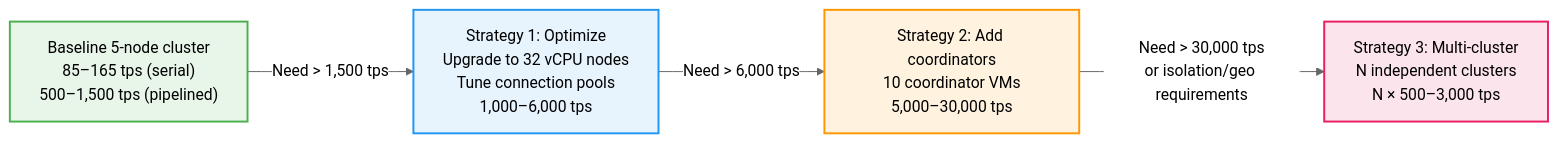
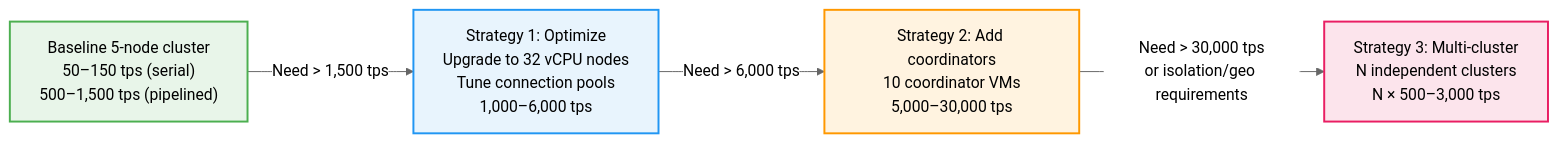
The diagram in docs/08-throughput-and-scaling.md (NickBorgers/confidential-computing-tsa), drawn with Mermaid (neutral theme) before and after one commit. The commit also changed other lines of this file and 8 other files, not shown here.

````diff
--- a/docs/08-throughput-and-scaling.md
+++ b/docs/08-throughput-and-scaling.md
@@ -285,19 +273,19 @@
 ```mermaid
 flowchart LR
-    S0["Baseline 5-node cluster<br/>85–165 tps (serial)<br/>500–1,500 tps (pipelined)"]
+    S0["Baseline 5-node cluster<br/>50–150 tps (serial)<br/>500–1,500 tps (pipelined)"]
 
     S1["Strategy 1: Optimize<br/>Upgrade to 32 vCPU nodes<br/>Tune connection pools<br/>1,000–6,000 tps"]
 
     S2["Strategy 2: Add coordinators<br/>10 coordinator VMs<br/>5,000–30,000 tps"]
 
     S3["Strategy 3: Multi-cluster<br/>N independent clusters<br/>N × 500–3,000 tps"]
 
     S0 -->|"Need > 1,500 tps"| S1
     S1 -->|"Need > 6,000 tps"| S2
     S2 -->|"Need > 30,000 tps<br/>or isolation/geo requirements"| S3
 
     style S0 fill:#e8f5e9,stroke:#4caf50,stroke-width:2px
     style S1 fill:#e8f4fd,stroke:#2196f3,stroke-width:2px
     style S2 fill:#fff3e0,stroke:#ff9800,stroke-width:2px
     style S3 fill:#fce4ec,stroke:#e91e63,stroke-width:2px
 ```
````
